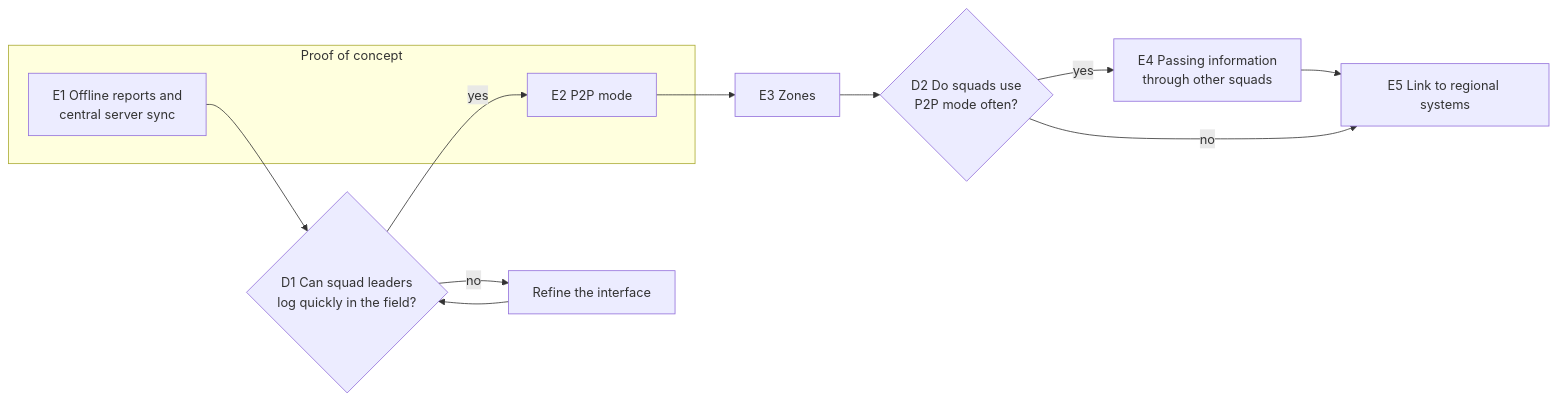
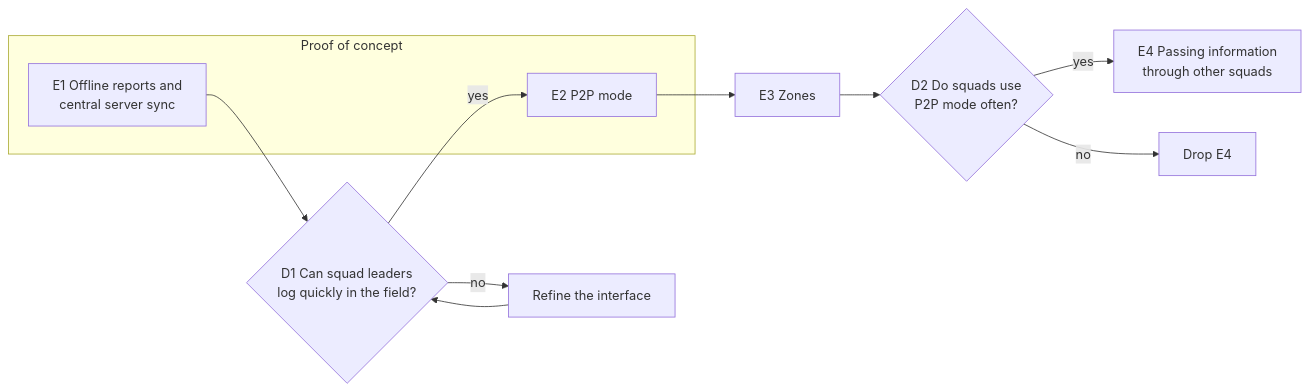
Before and after one commit to MihaiCiorascu/SWA-Firefly: the diagram in report/figures/roadmap.mmd, drawn with Mermaid. The commit also changed 3 other files, not shown here.

```diff
--- a/report/figures/roadmap.mmd
+++ b/report/figures/roadmap.mmd
@@ -1,18 +1,18 @@
 flowchart LR
     subgraph PoC["Proof of concept"]
         E1["E1 Offline reports and<br/>central server sync"]
         E2["E2 P2P mode"]
     end
     D1{"D1 Can squad leaders<br/>log quickly in the field?"}
     UI["Refine the interface"]
     E3["E3 Zones"]
     D2{"D2 Do squads use<br/>P2P mode often?"}
     E4["E4 Passing information<br/>through other squads"]
-    E5["E5 Link to regional systems"]
+    X["Drop E4"]
 
     E1 --> D1
     D1 -- yes --> E2
     D1 -- no --> UI --> D1
     E2 --> E3 --> D2
-    D2 -- yes --> E4 --> E5
-    D2 -- no --> E5
+    D2 -- yes --> E4
+    D2 -- no --> X
```
